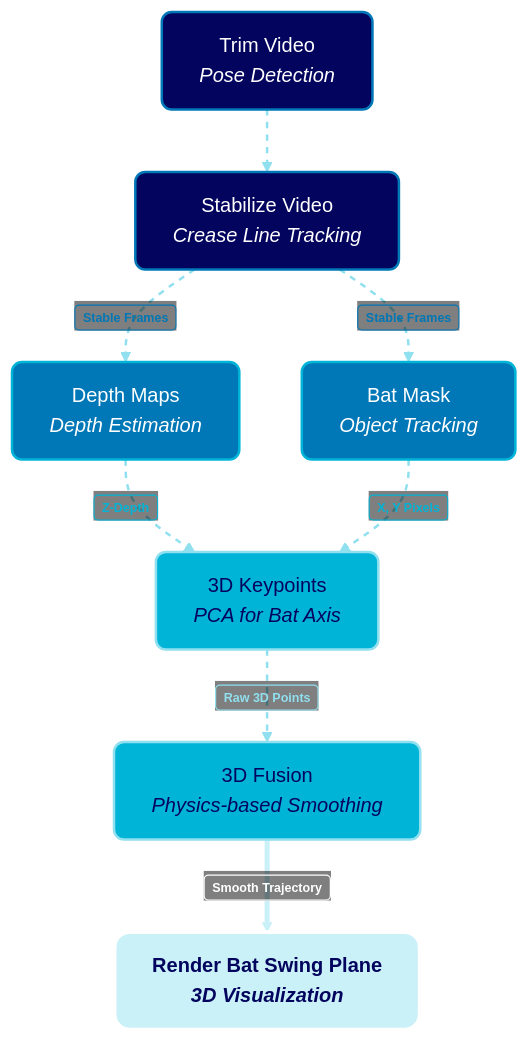
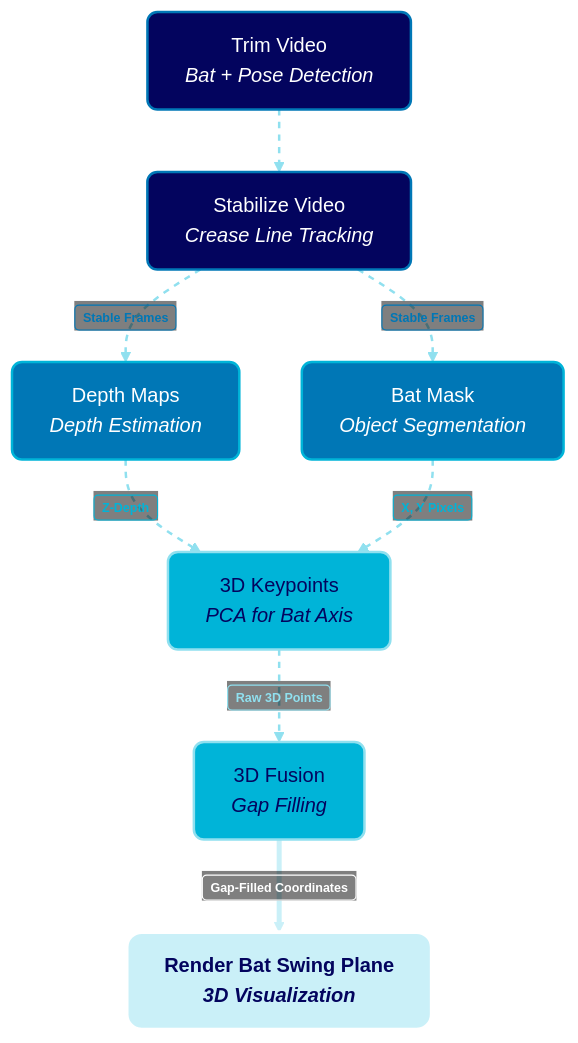
The ninth of 9 diagrams in pipeline_diagrams.md (adnanmsk/blog_privew), drawn with Mermaid before and after one commit. The commit also changed other lines of this file, not shown here.

Commit message:
Update terminology in pipeline diagrams to match Option 13

````diff
--- a/pipeline_diagrams.md
+++ b/pipeline_diagrams.md
@@ -194,19 +194,19 @@
 ```mermaid
 %%{init: {'theme': 'base', 'themeVariables': { 'edgeLabelBackground':'transparent' }}}%%
 flowchart TD
     classDef prep fill:#03045e,stroke:#0077b6,stroke-width:2px,color:#ffffff,rx:8px,ry:8px
     classDef infer fill:#0077b6,stroke:#00b4d8,stroke-width:2px,color:#ffffff,rx:8px,ry:8px
     classDef phys fill:#00b4d8,stroke:#90e0ef,stroke-width:2px,color:#03045e,rx:8px,ry:8px
     classDef out fill:#caf0f8,stroke:#ffffff,stroke-width:3px,color:#03045e,rx:12px,ry:12px,font-weight:bold
 
-    T["Trim Video<br><i>Pose Detection</i>"]:::prep --> S["Stabilize Video<br><i>Crease Line Tracking</i>"]:::prep
+    T["Trim Video<br><i>Bat + Pose Detection</i>"]:::prep --> S["Stabilize Video<br><i>Crease Line Tracking</i>"]:::prep
     S -- "<span style='background:transparent !important; border:1.5px solid #0077b6 !important; color:#0077b6 !important; padding:2px 6px; border-radius:4px; font-size:10px; font-weight:bold; display:inline-block;'>Stable Frames</span>" --> D["Depth Maps<br><i>Depth Estimation</i>"]:::infer
-    S -- "<span style='background:transparent !important; border:1.5px solid #0077b6 !important; color:#0077b6 !important; padding:2px 6px; border-radius:4px; font-size:10px; font-weight:bold; display:inline-block;'>Stable Frames</span>" --> Seg["Bat Mask<br><i>Object Tracking</i>"]:::infer
+    S -- "<span style='background:transparent !important; border:1.5px solid #0077b6 !important; color:#0077b6 !important; padding:2px 6px; border-radius:4px; font-size:10px; font-weight:bold; display:inline-block;'>Stable Frames</span>" --> Seg["Bat Mask<br><i>Object Segmentation</i>"]:::infer
     D -- "<span style='background:transparent !important; border:1.5px solid #00b4d8 !important; color:#00b4d8 !important; padding:2px 6px; border-radius:4px; font-size:10px; font-weight:bold; display:inline-block;'>Z-Depth</span>" --> K["3D Keypoints<br><i>PCA for Bat Axis</i>"]:::phys
     Seg -- "<span style='background:transparent !important; border:1.5px solid #00b4d8 !important; color:#00b4d8 !important; padding:2px 6px; border-radius:4px; font-size:10px; font-weight:bold; display:inline-block;'>X, Y Pixels</span>" --> K
-    K -- "<span style='background:transparent !important; border:1.5px solid #90e0ef !important; color:#90e0ef !important; padding:2px 6px; border-radius:4px; font-size:10px; font-weight:bold; display:inline-block;'>Raw 3D Points</span>" --> F["3D Fusion<br><i>Physics-based Smoothing</i>"]:::phys
-    F -- "<span style='background:transparent !important; border:1.5px solid #ffffff !important; color:#ffffff !important; padding:2px 6px; border-radius:4px; font-size:10px; font-weight:bold; display:inline-block;'>Smooth Trajectory</span>" --> R["Render Bat Swing Plane<br><i>3D Visualization</i>"]:::out
+    K -- "<span style='background:transparent !important; border:1.5px solid #90e0ef !important; color:#90e0ef !important; padding:2px 6px; border-radius:4px; font-size:10px; font-weight:bold; display:inline-block;'>Raw 3D Points</span>" --> F["3D Fusion<br><i>Gap Filling</i>"]:::phys
+    F -- "<span style='background:transparent !important; border:1.5px solid #ffffff !important; color:#ffffff !important; padding:2px 6px; border-radius:4px; font-size:10px; font-weight:bold; display:inline-block;'>Gap-Filled Coordinates</span>" --> R["Render Bat Swing Plane<br><i>3D Visualization</i>"]:::out
 
     linkStyle 0,1,2,3,4,5 stroke:#90e0ef,stroke-width:2px,stroke-dasharray: 5 5
     linkStyle 6 stroke:#caf0f8,stroke-width:4px
 ```
````
